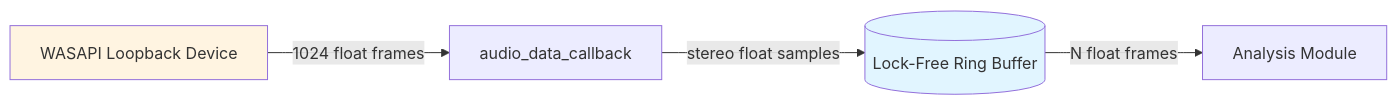
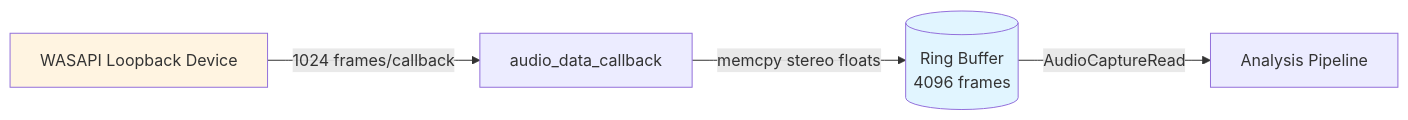
Before and after one commit to EvanLavender13/audio-jones: the diagram in docs/modules/audio.md, drawn with Mermaid. The commit also changed other lines of this file and 9 other files, not shown here.

First line of the commit message:
Add git-based change detection to sync-architecture command

````diff
--- a/docs/modules/audio.md
+++ b/docs/modules/audio.md
@@ -15,9 +15,9 @@
 ```mermaid
 flowchart LR
-    WASAPI[WASAPI Loopback Device] -->|1024 float frames| Callback[audio_data_callback]
-    Callback -->|stereo float samples| RingBuffer[(Lock-Free Ring Buffer)]
-    RingBuffer -->|N float frames| Consumer[Analysis Module]
+    WASAPI[WASAPI Loopback Device] -->|1024 frames/callback| Callback[audio_data_callback]
+    Callback -->|memcpy stereo floats| RingBuffer[(Ring Buffer<br/>4096 frames)]
+    RingBuffer -->|AudioCaptureRead| Consumer[Analysis Pipeline]
 
     style RingBuffer fill:#e1f5ff
     style WASAPI fill:#fff4e1
 ```
````
